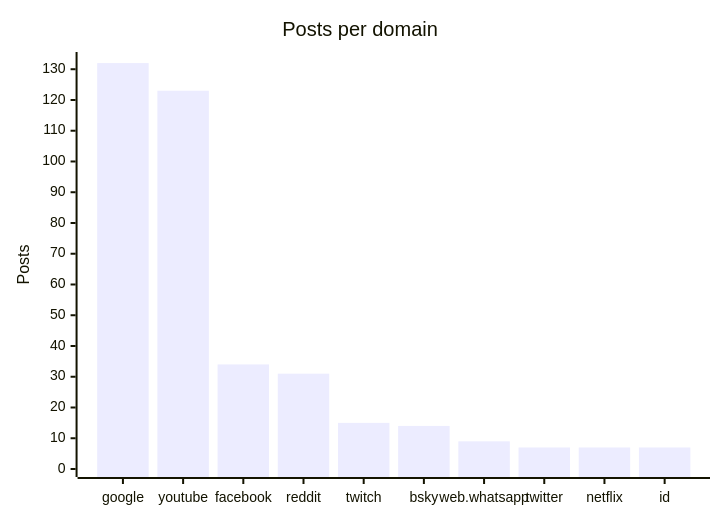
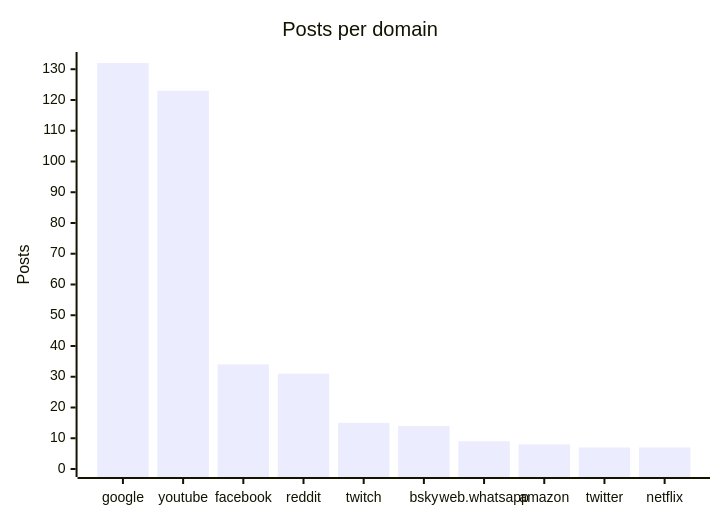
Before and after one commit to martinbalfanz/social-scanner-reports: the fourth of 4 diagrams in README.md, drawn with Mermaid. The commit also changed other lines of this file and 5 other files, not shown here.

````diff
--- a/README.md
+++ b/README.md
@@ -58,7 +58,7 @@
 ```mermaid
 xychart-beta
     title "Posts per domain"
-    x-axis ["google", "youtube", "facebook", "reddit", "twitch", "bsky", "web.whatsapp", "twitter", "netflix", "id"]
+    x-axis ["google", "youtube", "facebook", "reddit", "twitch", "bsky", "web.whatsapp", "amazon", "twitter", "netflix"]
     y-axis "Posts" 0 --> 133
-    bar [132, 123, 34, 31, 15, 14, 9, 7, 7, 7]
+    bar [132, 123, 34, 31, 15, 14, 9, 8, 7, 7]
 ```
````
